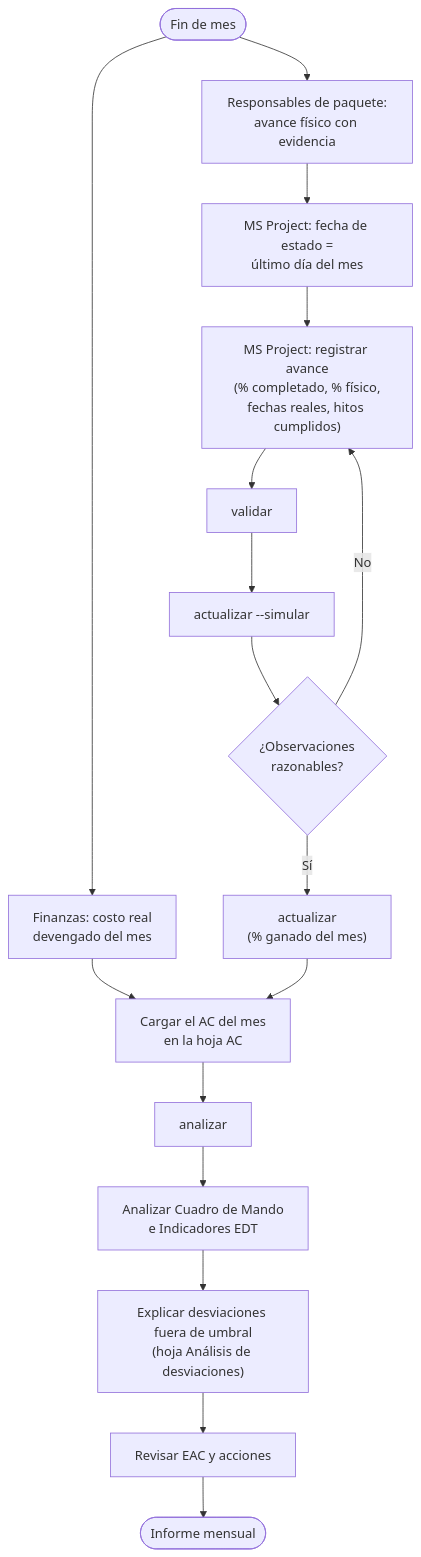
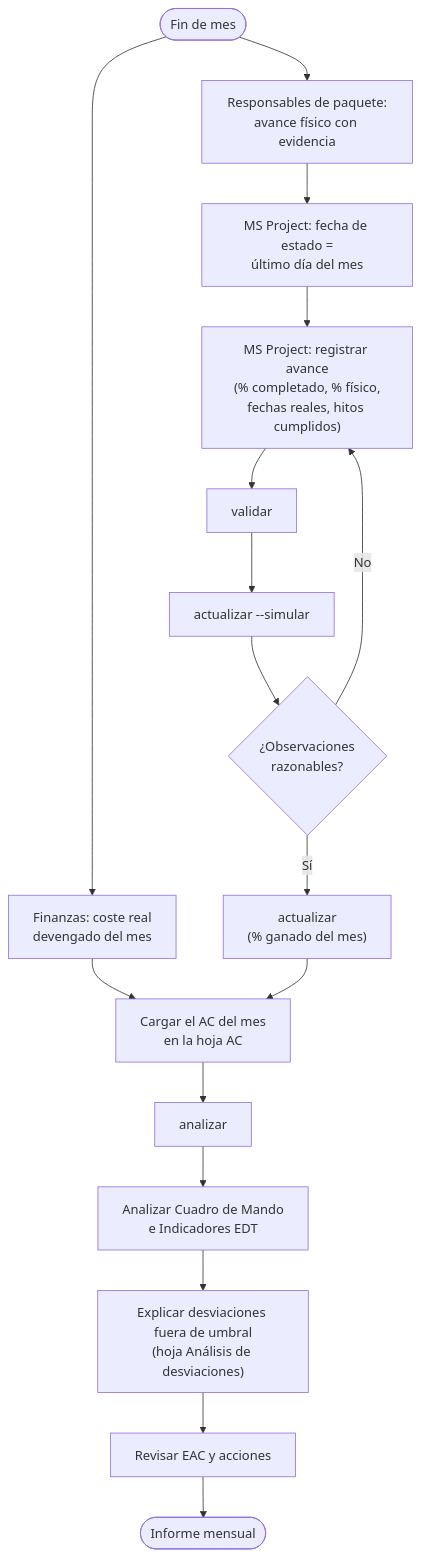
One commit to MarceloSalazar/evm-automation changed the second of 4 diagrams in docs/proceso-reporte-evm.md. Above: the diagram before and after it, drawn with Mermaid. The commit also changed other lines of this file and 76 other files, not shown here.

````diff
--- a/docs/proceso-reporte-evm.md
+++ b/docs/proceso-reporte-evm.md
@@ -108,19 +108,19 @@
 ```mermaid
 flowchart TD
     S(["Fin de mes"]) --> R1["Responsables de paquete:<br/>avance físico con evidencia"]
-    S --> R2["Finanzas: costo real<br/>devengado del mes"]
+    S --> R2["Finanzas: coste real<br/>devengado del mes"]
     R1 --> P0["MS Project: fecha de estado =<br/>último día del mes"]
     P0 --> P1["MS Project: registrar avance<br/>(% completado, % físico,<br/>fechas reales, hitos cumplidos)"]
     P1 --> P2["validar"]
     P2 --> U1["actualizar --simular"]
     U1 --> V{"¿Observaciones<br/>razonables?"}
     V -- "No" --> P1
     V -- "Sí" --> U3["actualizar<br/>(% ganado del mes)"]
     R2 --> AC2["Cargar el AC del mes<br/>en la hoja AC"]
     U3 --> AC2
     AC2 --> AZ["analizar"]
     AZ --> AN["Analizar Cuadro de Mando<br/>e Indicadores EDT"]
     AN --> X["Explicar desviaciones fuera de umbral<br/>(hoja Análisis de desviaciones)"]
     X --> EAC["Revisar EAC y acciones"]
     EAC --> INF(["Informe mensual"])
 ```
````
